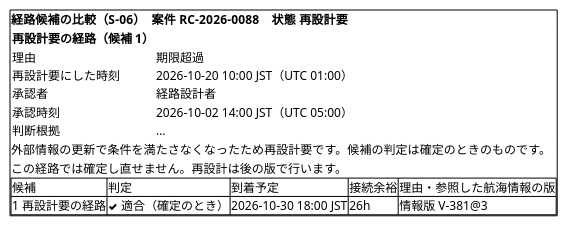
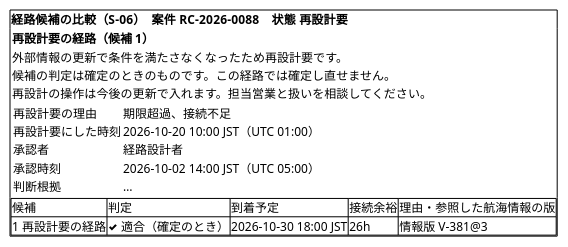
One commit to k2works/practical-domain-driven-design-in-enterpris-application changed diagram 23 of 38 in docs/design/cargo-tracker/ui_design.md. Above: the diagram before and after it, drawn with PlantUML. The commit also changed other lines of this file and 7 other files, not shown here.

````diff
--- a/docs/design/cargo-tracker/ui_design.md
+++ b/docs/design/cargo-tracker/ui_design.md
@@ -1092,21 +1092,24 @@
 ```plantuml
 @startsalt
 {+
   <b>経路候補の比較（S-06）　案件 RC-2026-0088　状態 再設計要
   {
     <b>再設計要の経路（候補 1）
-    理由 | 期限超過
-    再設計要にした時刻 | 2026-10-20 10:00 JST（UTC 01:00）
-    承認者 | 経路設計者
-    承認時刻 | 2026-10-02 14:00 JST（UTC 05:00）
-    判断根拠 | …
+    外部情報の更新で条件を満たさなくなったため再設計要です。
+    候補の判定は確定のときのものです。この経路では確定し直せません。
+    再設計の操作は今後の更新で入れます。担当営業と扱いを相談してください。
+    {
+      再設計要の理由 | 期限超過、接続不足
+      再設計要にした時刻 | 2026-10-20 10:00 JST（UTC 01:00）
+      承認者 | 経路設計者
+      承認時刻 | 2026-10-02 14:00 JST（UTC 05:00）
+      判断根拠 | …
+    }
   }
-  外部情報の更新で条件を満たさなくなったため再設計要です。候補の判定は確定のときのものです。
-  この経路では確定し直せません。再設計は後の版で行います。
   {#
     候補 | 判定 | 到着予定 | 接続余裕 | 理由・参照した航海情報の版
     1 再設計要の経路 | <&check> 適合（確定のとき） | 2026-10-30 18:00 JST | 26h | 情報版 V-381@3
   }
 }
 @endsalt
 ```
````
